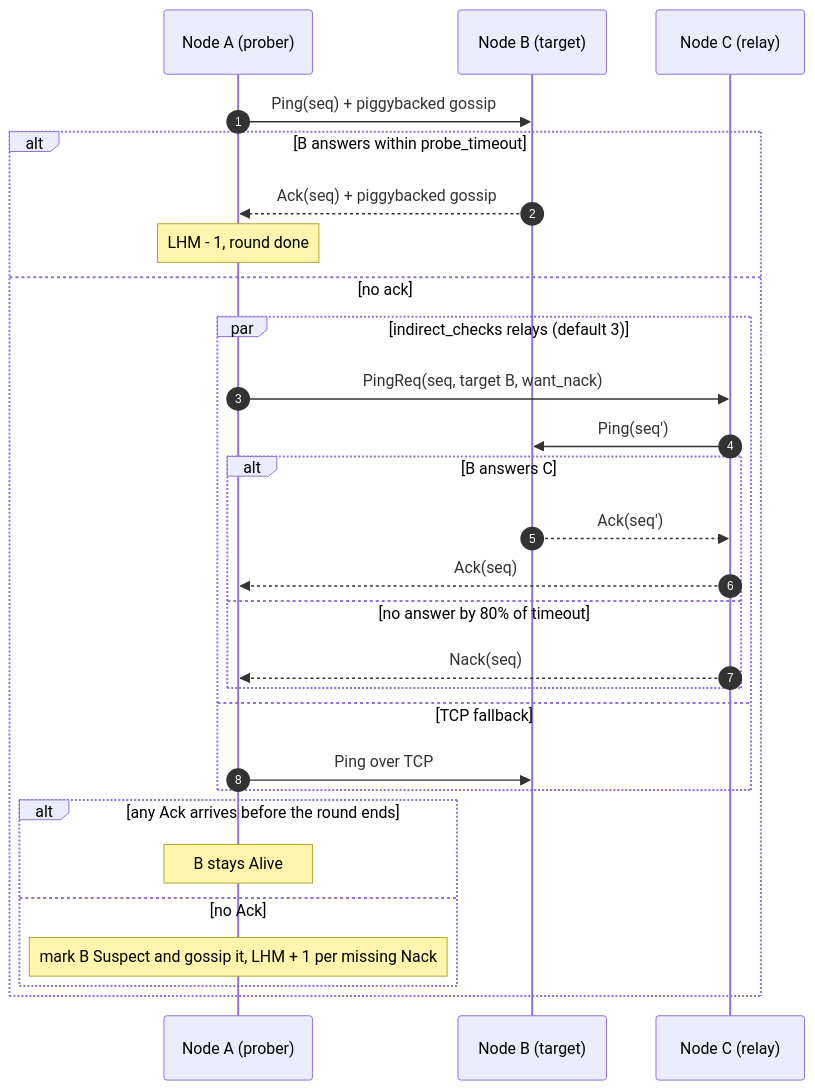
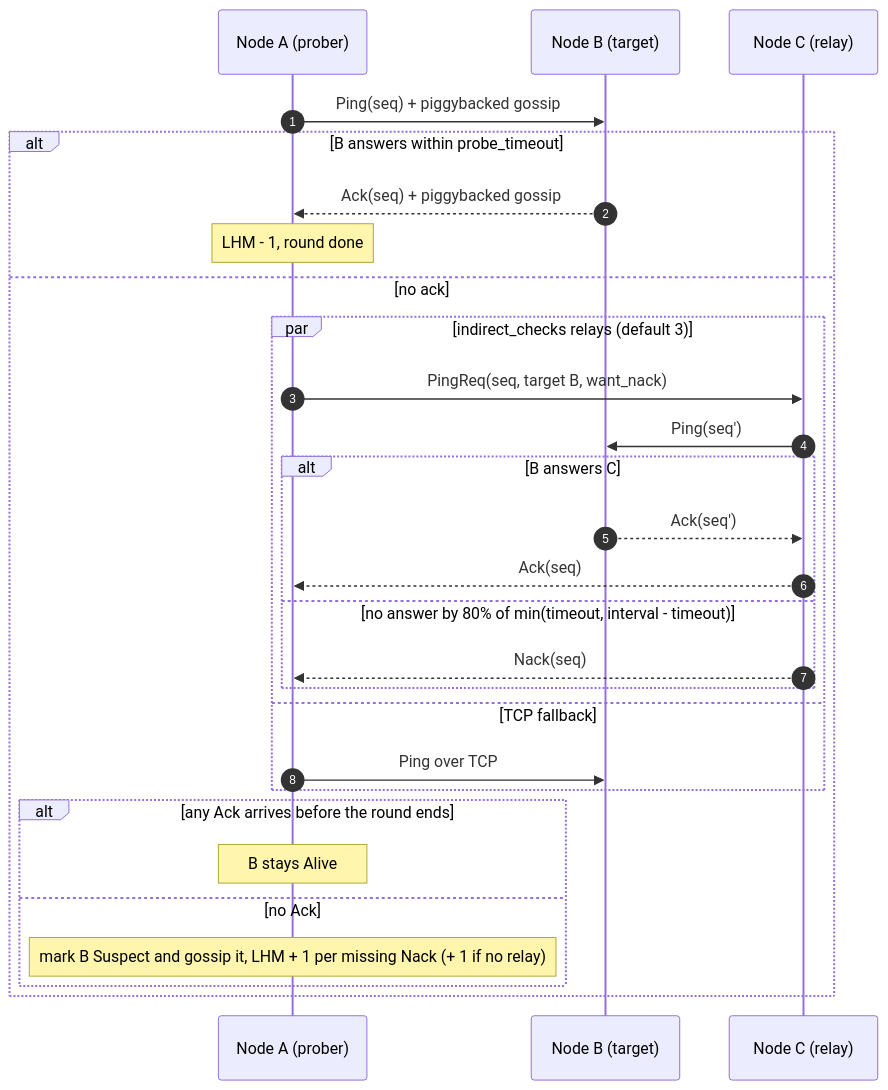
Before and after one commit to bytevader/kinship: the third of 9 diagrams in docs/design.md, drawn with Mermaid. The commit also changed other lines of this file and 13 other files, not shown here.

````diff
--- a/docs/design.md
+++ b/docs/design.md
@@ -124,30 +124,30 @@
 ```mermaid
 sequenceDiagram
     autonumber
     participant A as Node A (prober)
     participant B as Node B (target)
     participant C as Node C (relay)
     A->>B: Ping(seq) + piggybacked gossip
     alt B answers within probe_timeout
         B-->>A: Ack(seq) + piggybacked gossip
         Note over A: LHM - 1, round done
     else no ack
         par indirect_checks relays (default 3)
             A->>C: PingReq(seq, target B, want_nack)
             C->>B: Ping(seq')
             alt B answers C
                 B-->>C: Ack(seq')
                 C-->>A: Ack(seq)
-            else no answer by 80% of timeout
+            else no answer by 80% of min(timeout, interval - timeout)
                 C-->>A: Nack(seq)
             end
         and TCP fallback
             A->>B: Ping over TCP
         end
         alt any Ack arrives before the round ends
             Note over A: B stays Alive
         else no Ack
-            Note over A: mark B Suspect and gossip it, LHM + 1 per missing Nack
+            Note over A: mark B Suspect and gossip it, LHM + 1 per missing Nack (+ 1 if no relay)
         end
     end
 ```
````
